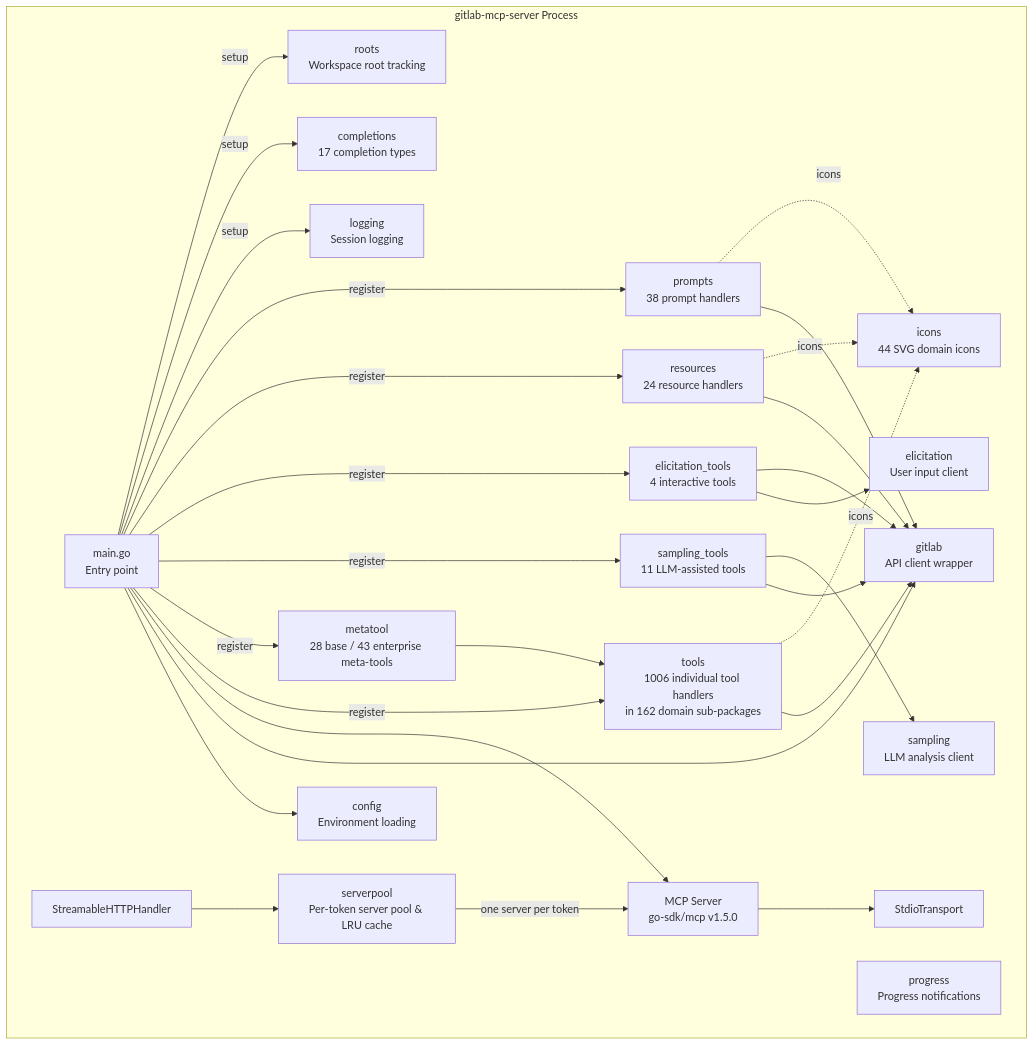
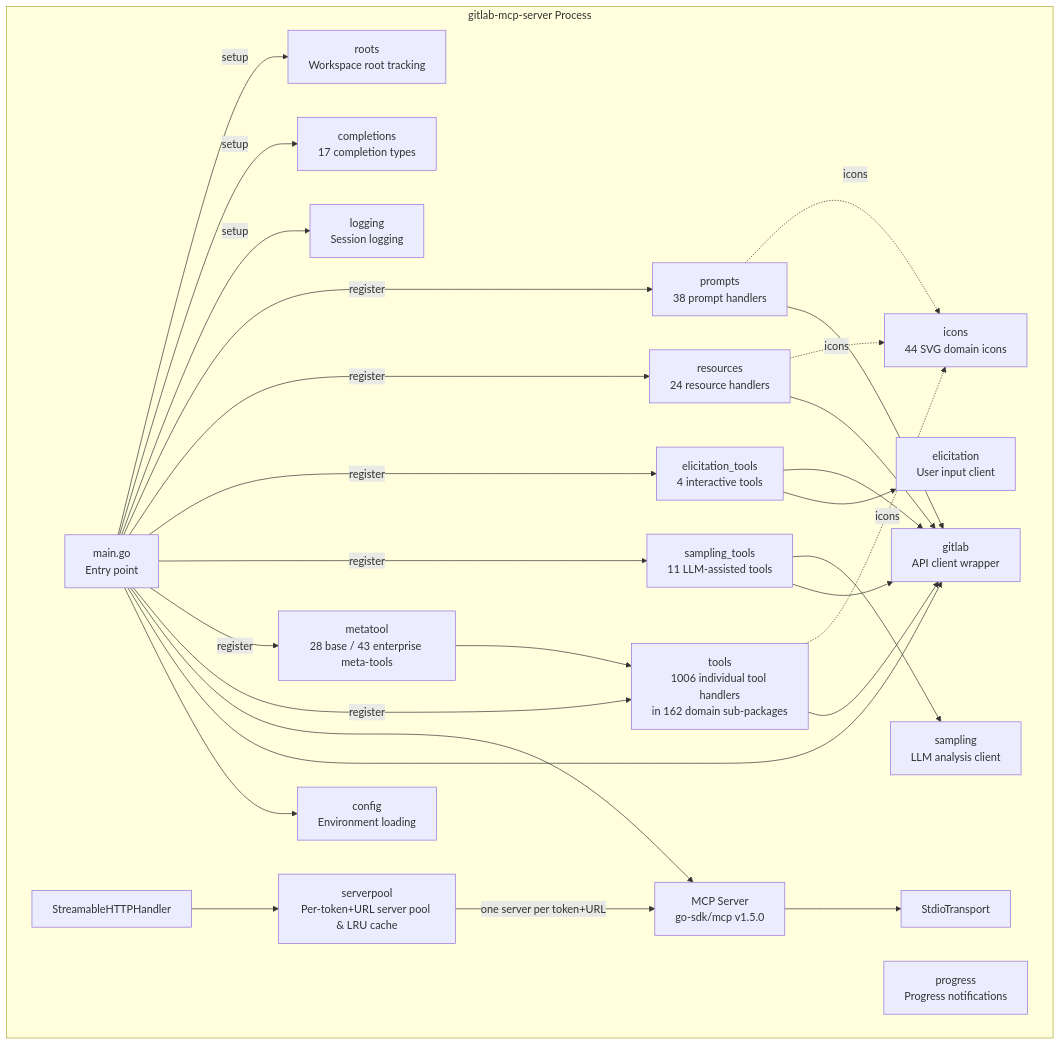
The third of 9 diagrams in docs/architecture.md (jmrplens/gitlab-mcp-server), drawn with Mermaid before and after one commit. The commit also changed other lines of this file and 36 other files, not shown here.

First line of the commit message:
feat(http): support per-request GitLab URL via GITLAB-URL header and add --trusted-proxy-header (#26)

````diff
--- a/docs/architecture.md
+++ b/docs/architecture.md
@@ -64,52 +64,52 @@
 ```mermaid
 graph TD
     subgraph "gitlab-mcp-server Process"
         MAIN[main.go<br/>Entry point]
         CFG[config<br/>Environment loading]
         GL[gitlab<br/>API client wrapper]
         TOOLS[tools<br/>1006 individual tool handlers<br/>in 162 domain sub-packages]
         META[metatool<br/>28 base / 43 enterprise meta-tools]
         SAMP[sampling_tools<br/>11 LLM-assisted tools]
         ELIC[elicitation_tools<br/>4 interactive tools]
         RES[resources<br/>24 resource handlers]
         PROMPTS[prompts<br/>38 prompt handlers]
         LOG[logging<br/>Session logging]
         COMP[completions<br/>17 completion types]
         ROOTS[roots<br/>Workspace root tracking]
         PROG[progress<br/>Progress notifications]
         SAMPLING[sampling<br/>LLM analysis client]
         ELICIT[elicitation<br/>User input client]
         ICN[icons<br/>44 SVG domain icons]
         SRV[MCP Server<br/>go-sdk/mcp v1.5.0]
         STDIO[StdioTransport]
         HTTP[StreamableHTTPHandler]
-        POOL[serverpool<br/>Per-token server pool & LRU cache]
+        POOL[serverpool<br/>Per-token+URL server pool & LRU cache]
     end
 
     MAIN --> CFG
     MAIN --> GL
     MAIN --> SRV
     SRV --> STDIO
     HTTP --> POOL
-    POOL -->|one server per token| SRV
+    POOL -->|one server per token+URL| SRV
     TOOLS --> GL
     META --> TOOLS
     SAMP --> GL
     SAMP --> SAMPLING
     ELIC --> ELICIT
     ELIC --> GL
     RES --> GL
     PROMPTS --> GL
     MAIN -->|register| TOOLS
     MAIN -->|register| META
     MAIN -->|register| SAMP
     MAIN -->|register| ELIC
     MAIN -->|register| RES
     MAIN -->|register| PROMPTS
     TOOLS -.->|icons| ICN
     RES -.->|icons| ICN
     PROMPTS -.->|icons| ICN
     MAIN -->|setup| LOG
     MAIN -->|setup| COMP
     MAIN -->|setup| ROOTS
 ```
````
